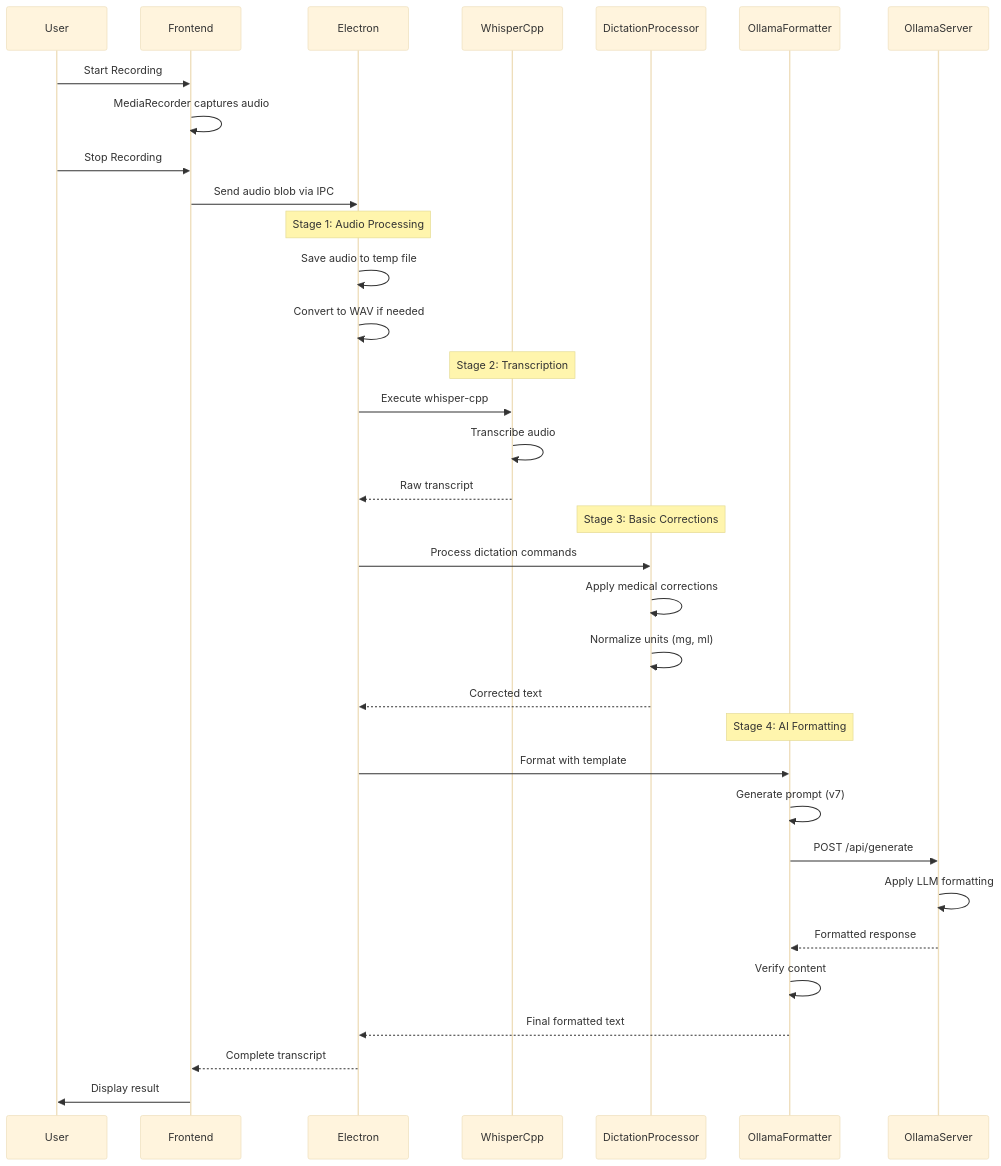
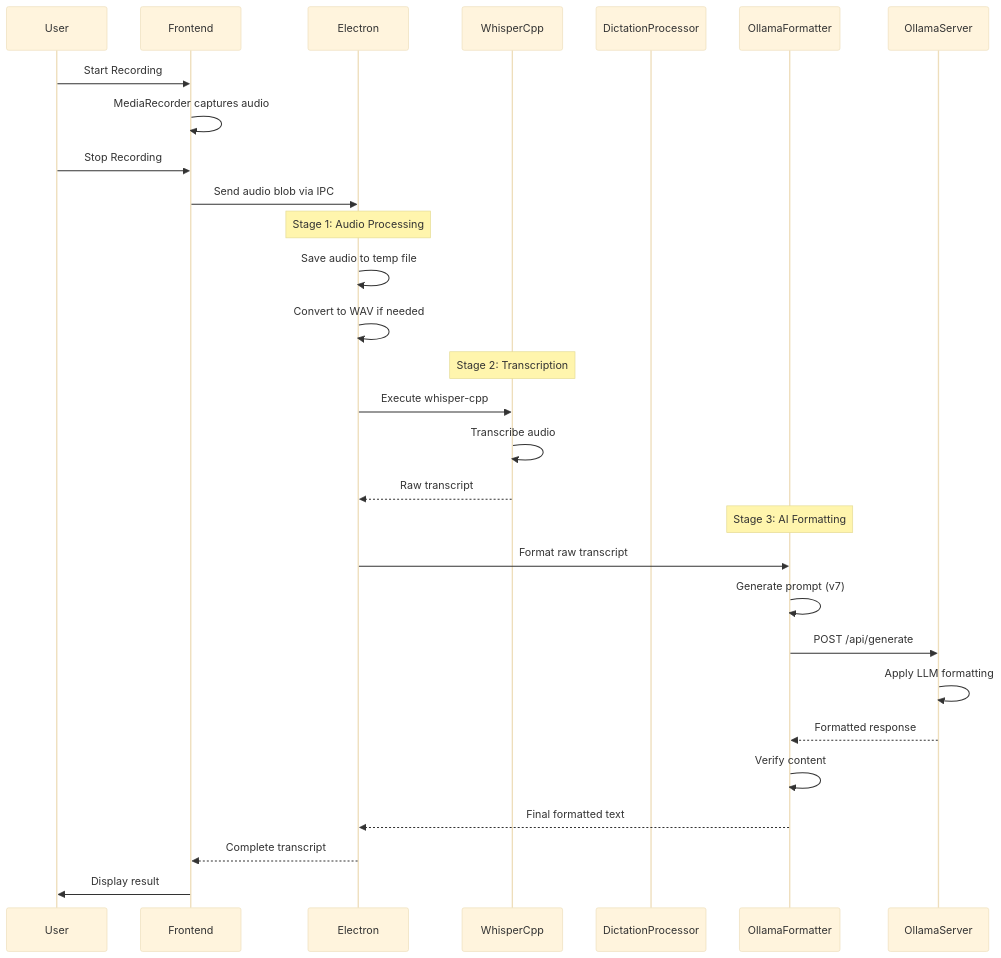
Before and after one commit to marchatton/doctor-dictate: the second of 8 diagrams in docs/design/system-architecture.md, drawn with Mermaid (base theme). The commit also changed other lines of this file and 5 other files, not shown here.

First line of the commit message:
refactor: Simplify architecture by removing medical-formatter layer

````diff
--- a/docs/design/system-architecture.md
+++ b/docs/design/system-architecture.md
@@ -59,42 +59,36 @@
 ```mermaid
 sequenceDiagram
     participant User
     participant Frontend
     participant Electron
     participant WhisperCpp
     participant DictationProcessor
     participant OllamaFormatter
     participant OllamaServer
 
     User->>Frontend: Start Recording
     Frontend->>Frontend: MediaRecorder captures audio
     User->>Frontend: Stop Recording
     Frontend->>Electron: Send audio blob via IPC
     
     Note over Electron: Stage 1: Audio Processing
     Electron->>Electron: Save audio to temp file
     Electron->>Electron: Convert to WAV if needed
     
     Note over WhisperCpp: Stage 2: Transcription
     Electron->>WhisperCpp: Execute whisper-cpp
     WhisperCpp->>WhisperCpp: Transcribe audio
     WhisperCpp-->>Electron: Raw transcript
     
-    Note over DictationProcessor: Stage 3: Basic Corrections
-    Electron->>DictationProcessor: Process dictation commands
-    DictationProcessor->>DictationProcessor: Apply medical corrections
-    DictationProcessor->>DictationProcessor: Normalize units (mg, ml)
-    DictationProcessor-->>Electron: Corrected text
-    
-    Note over OllamaFormatter: Stage 4: AI Formatting
-    Electron->>OllamaFormatter: Format with template
+    Note over OllamaFormatter: Stage 3: AI Formatting
+    Electron->>OllamaFormatter: Format raw transcript
     OllamaFormatter->>OllamaFormatter: Generate prompt (v7)
     OllamaFormatter->>OllamaServer: POST /api/generate
     OllamaServer->>OllamaServer: Apply LLM formatting
     OllamaServer-->>OllamaFormatter: Formatted response
     OllamaFormatter->>OllamaFormatter: Verify content
     OllamaFormatter-->>Electron: Final formatted text
     
     Electron-->>Frontend: Complete transcript
     Frontend->>User: Display result
 ```
````
